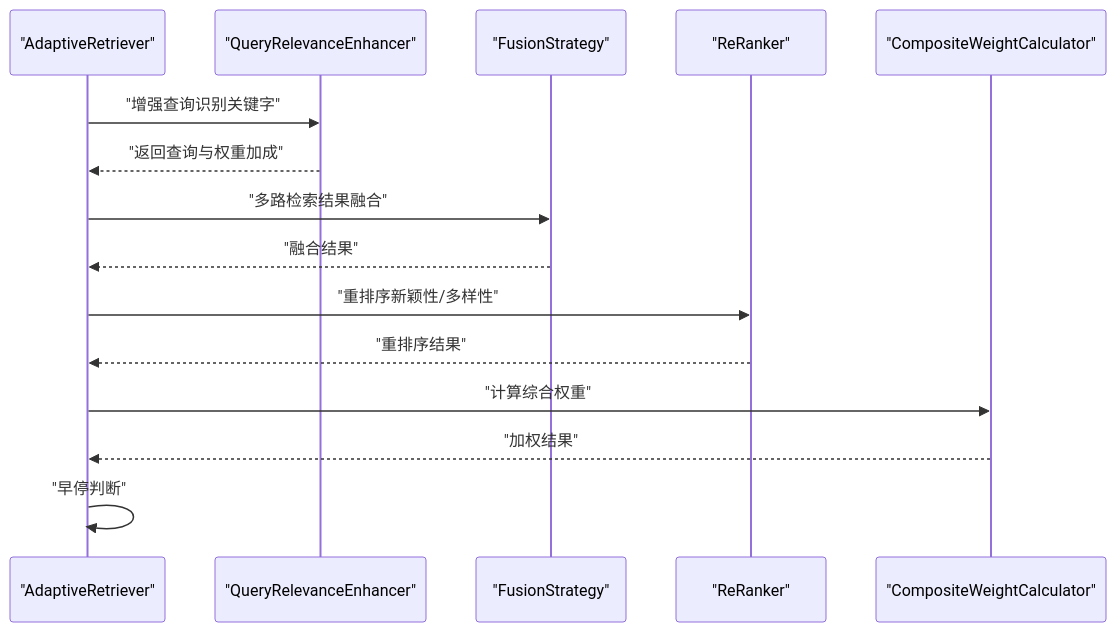
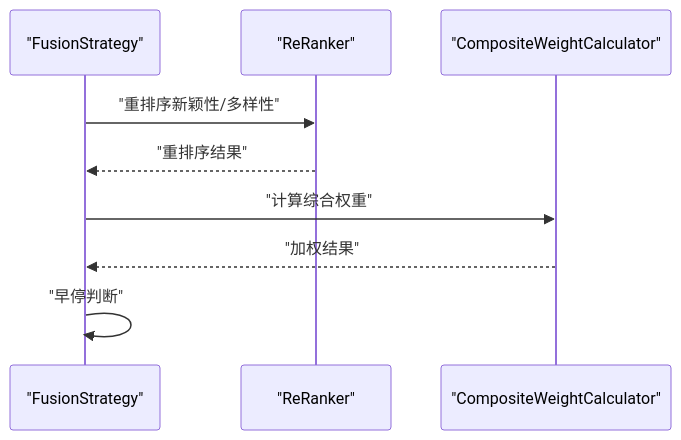
Before and after one commit to JieGaoPrinceton/NecoRAG: the sixth of 7 diagrams in .qoder/repowiki/zh/content/领域权重系统.md, drawn with Mermaid. The commit also changed other lines of this file and 181 other files, not shown here.

````diff
--- a/.qoder/repowiki/zh/content/领域权重系统.md
+++ b/.qoder/repowiki/zh/content/领域权重系统.md
@@ -232,17 +210,11 @@
 ```mermaid
 sequenceDiagram
-participant AR as "AdaptiveRetriever"
-participant QE as "QueryRelevanceEnhancer"
 participant FS as "FusionStrategy"
 participant RR as "ReRanker"
 participant CWC as "CompositeWeightCalculator"
-AR->>QE : "增强查询识别关键字"
-QE-->>AR : "返回查询与权重加成"
-AR->>FS : "多路检索结果融合"
-FS-->>AR : "融合结果"
-AR->>RR : "重排序新颖性/多样性"
-RR-->>AR : "重排序结果"
-AR->>CWC : "计算综合权重"
-CWC-->>AR : "加权结果"
-AR->>AR : "早停判断"
+FS->>RR : "重排序新颖性/多样性"
+RR-->>FS : "重排序结果"
+FS->>CWC : "计算综合权重"
+CWC-->>FS : "加权结果"
+FS->>FS : "早停判断"
 ```
````
